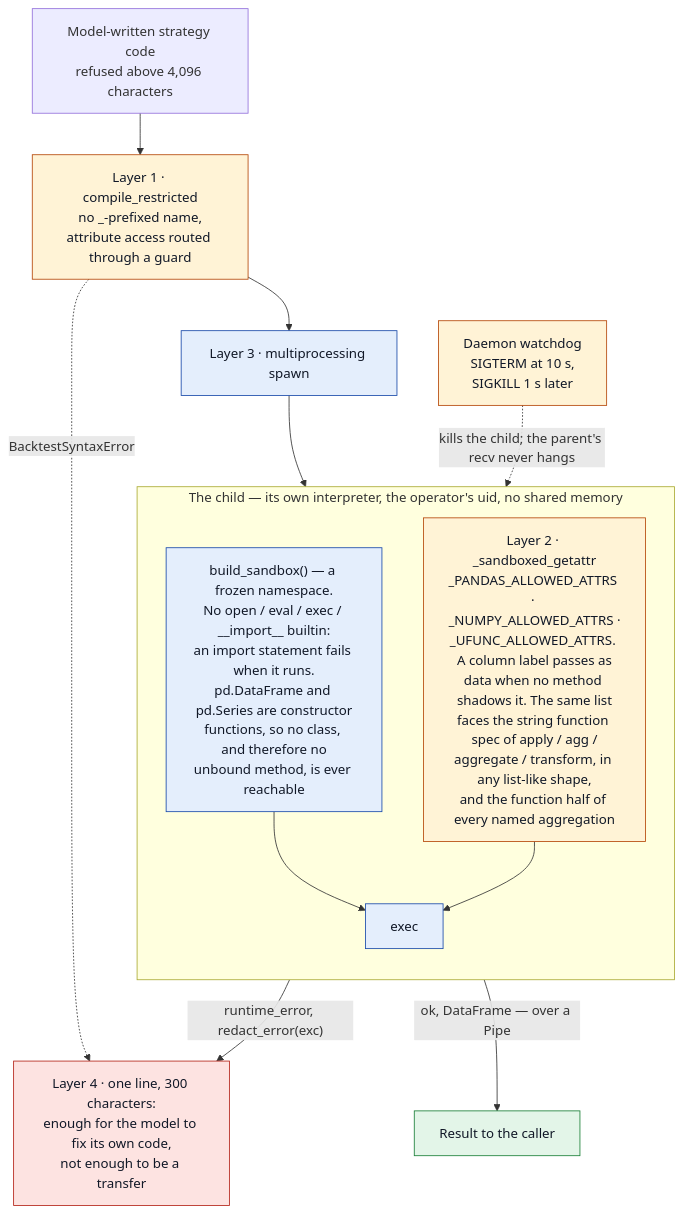
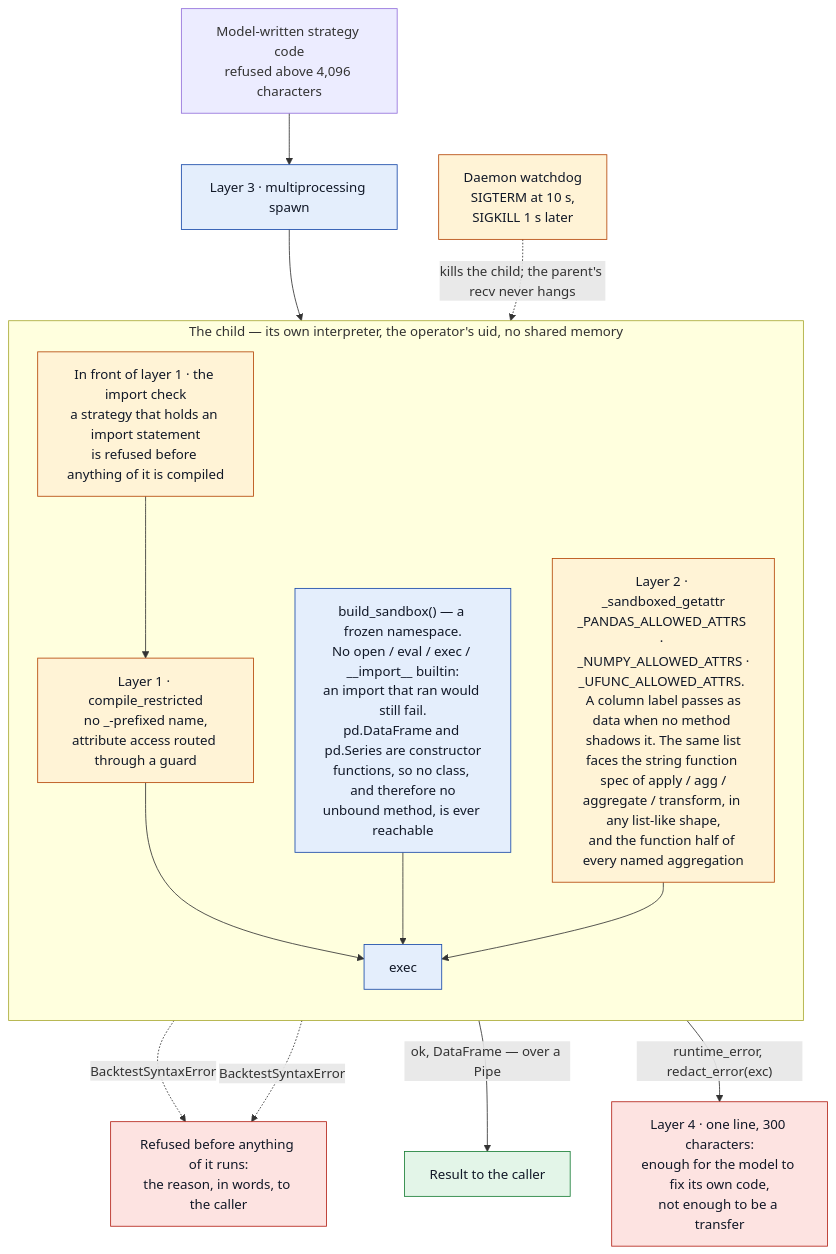
The third of 5 diagrams in docs/security-architecture.md (stephus182/ibkr_core_mcp), drawn with Mermaid before and after one commit. The commit also changed other lines of this file and 10 other files, not shown here.

First line of the commit message:
feat(backtest): a strategy that holds an import statement is refused before it is compiled, in a sentence

````diff
--- a/docs/security-architecture.md
+++ b/docs/security-architecture.md
@@ -356,33 +360,36 @@
 ```mermaid
 flowchart TB
     classDef guard fill:#fff3d6,stroke:#b54708,color:#111827
     classDef proc fill:#e4eefc,stroke:#1849a9,color:#111827
     classDef out fill:#e3f5e8,stroke:#1a7f37,color:#111827
     classDef stop fill:#fde3e1,stroke:#b42318,color:#111827
 
     CODE["Model-written strategy code<br/>refused above 4,096 characters"]
-    CR["Layer 1 · compile_restricted<br/>no _-prefixed name,<br/>attribute access routed through a guard"]
     SPAWN["Layer 3 · multiprocessing spawn"]
-    CODE --> CR
-    CR -. "BacktestSyntaxError" .-> ERR
-    CR --> SPAWN
+    CODE --> SPAWN
 
     subgraph CHILD["The child — its own interpreter, the operator's uid, no shared memory"]
         direction TB
-        NS["build_sandbox() — a frozen namespace.<br/>No open / eval / exec / __import__ builtin:<br/>an import statement fails when it runs.<br/>pd.DataFrame and pd.Series are constructor<br/>functions, so no class, and therefore no<br/>unbound method, is ever reachable"]
+        IM["In front of layer 1 · the import check<br/>a strategy that holds an import statement<br/>is refused before anything of it is compiled"]
+        CR["Layer 1 · compile_restricted<br/>no _-prefixed name,<br/>attribute access routed through a guard"]
+        NS["build_sandbox() — a frozen namespace.<br/>No open / eval / exec / __import__ builtin:<br/>an import that ran would still fail.<br/>pd.DataFrame and pd.Series are constructor<br/>functions, so no class, and therefore no<br/>unbound method, is ever reachable"]
         GA["Layer 2 · _sandboxed_getattr<br/>_PANDAS_ALLOWED_ATTRS · _NUMPY_ALLOWED_ATTRS ·<br/>_UFUNC_ALLOWED_ATTRS. A column label passes as<br/>data when no method shadows it. The same list<br/>faces the string function spec of apply / agg /<br/>aggregate / transform, in any list-like shape,<br/>and the function half of every named aggregation"]
         EX["exec"]
+        IM --> CR
+        CR --> EX
         NS --> EX
         GA --> EX
     end
 
-    SPAWN --> CHILD
+    SPAWN --> IM
+    IM -. "BacktestSyntaxError" .-> SYN["Refused before anything of it runs:<br/>the reason, in words, to the caller"]
+    CR -. "BacktestSyntaxError" .-> SYN
     WD["Daemon watchdog<br/>SIGTERM at 10 s,<br/>SIGKILL 1 s later"] -. "kills the child; the parent's recv never hangs" .-> CHILD
     EX -- "ok, DataFrame — over a Pipe" --> RES["Result to the caller"]
     EX -- "runtime_error, redact_error(exc)" --> ERR["Layer 4 · one line, 300 characters:<br/>enough for the model to fix its own code,<br/>not enough to be a transfer"]
 
-    class CR,GA,WD guard
+    class IM,CR,GA,WD guard
     class SPAWN,NS,EX proc
     class RES out
-    class ERR stop
+    class ERR,SYN stop
 ```
````
